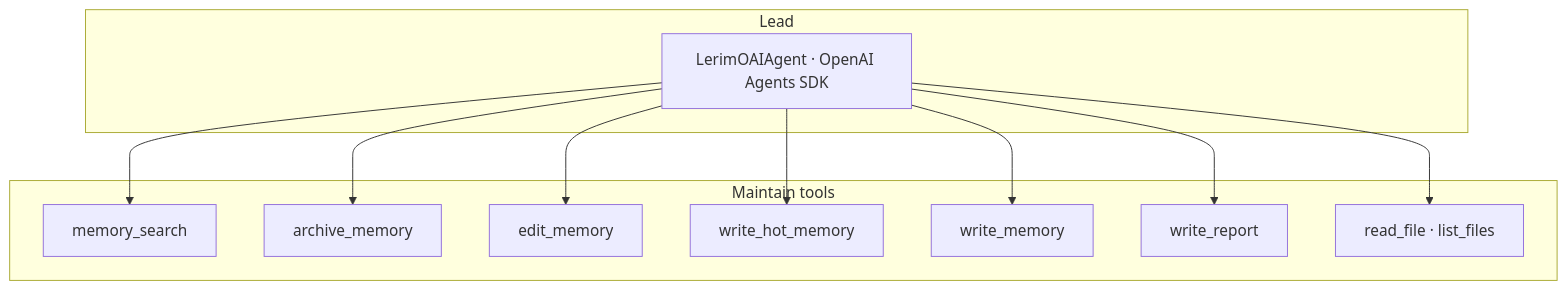
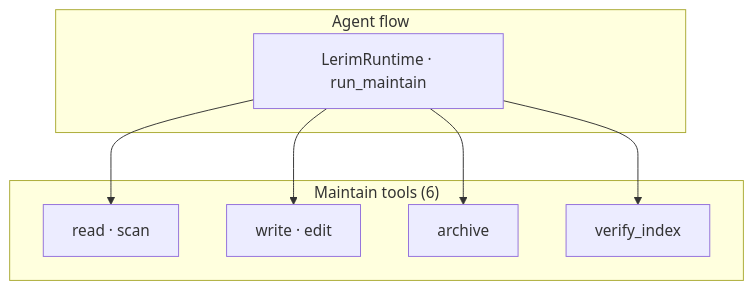
One commit to lerim-dev/lerim-cli changed the second of 2 diagrams in docs/index.md. Above: the diagram before and after it, drawn with Mermaid. The commit also changed other lines of this file and 201 other files, not shown here.

````diff
--- a/docs/index.md
+++ b/docs/index.md
@@ -219,22 +213,16 @@
 ```mermaid
 flowchart TB
-    subgraph lead_m["Lead"]
-        OAI_m[LerimOAIAgent · OpenAI Agents SDK]
+    subgraph runtime_maintain["Agent flow"]
+        RT_m[LerimRuntime · run_maintain]
     end
-    subgraph maintainTools["Maintain tools"]
-        ms[memory_search]
-        ar[archive_memory]
-        em[edit_memory]
-        wh[write_hot_memory]
-        wm2[write_memory]
-        wr2[write_report]
-        rf2["read_file · list_files"]
+    subgraph maintainTools["Maintain tools (6)"]
+        t2["read · scan"]
+        wm2["write · edit"]
+        ar[archive]
+        v2[verify_index]
     end
-    OAI_m --> ms
-    OAI_m --> ar
-    OAI_m --> em
-    OAI_m --> wh
-    OAI_m --> wm2
-    OAI_m --> wr2
-    OAI_m --> rf2
+    RT_m --> t2
+    RT_m --> wm2
+    RT_m --> ar
+    RT_m --> v2
 ```
````
